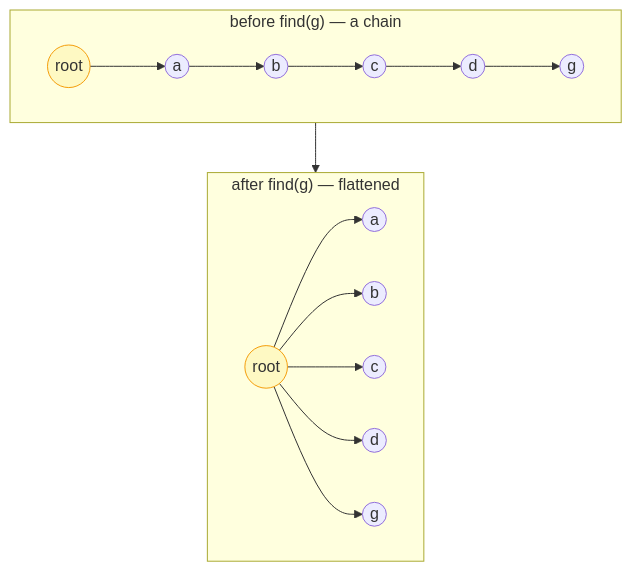
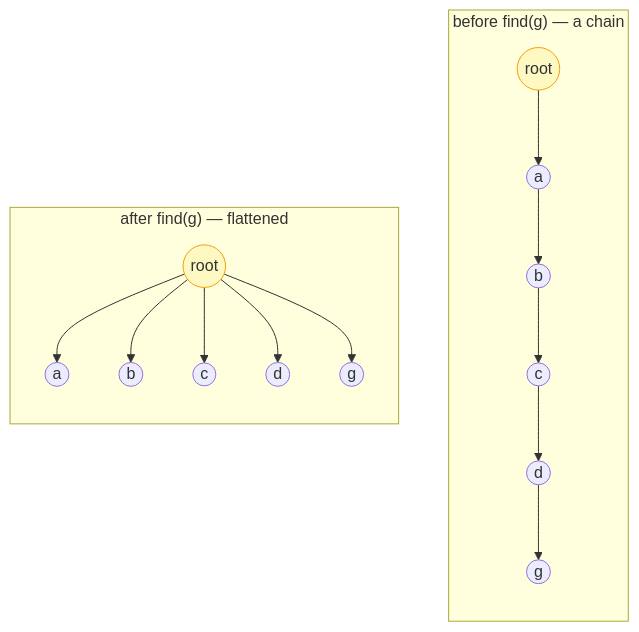
The diagram in content/cortex/data-structures-and-algorithms/03-trees/11-disjoint-set-union/01-introduction-to-disjoint-set-union.md (ani2fun/codefolio), drawn with Mermaid before and after one commit. The commit also changed other lines of this file and 176 other files, not shown here.

````diff
--- a/content/cortex/data-structures-and-algorithms/03-trees/11-disjoint-set-union/01-introduction-to-disjoint-set-union.md
+++ b/content/cortex/data-structures-and-algorithms/03-trees/11-disjoint-set-union/01-introduction-to-disjoint-set-union.md
@@ -71,16 +71,17 @@
 ```mermaid
 flowchart TB
   subgraph Before["before find(g) — a chain"]
+    direction TB
     R1((root)) --> A1((a)) --> B1((b)) --> C1((c)) --> D1((d)) --> G1((g))
   end
   subgraph After["after find(g) — flattened"]
+    direction TB
     R2((root)) --> A2((a))
     R2 --> B2((b))
     R2 --> C2((c))
     R2 --> D2((d))
     R2 --> G2((g))
   end
-  Before --> After
   style R1 fill:#fef9c3,stroke:#f59e0b
   style R2 fill:#fef9c3,stroke:#f59e0b
 ```
````
